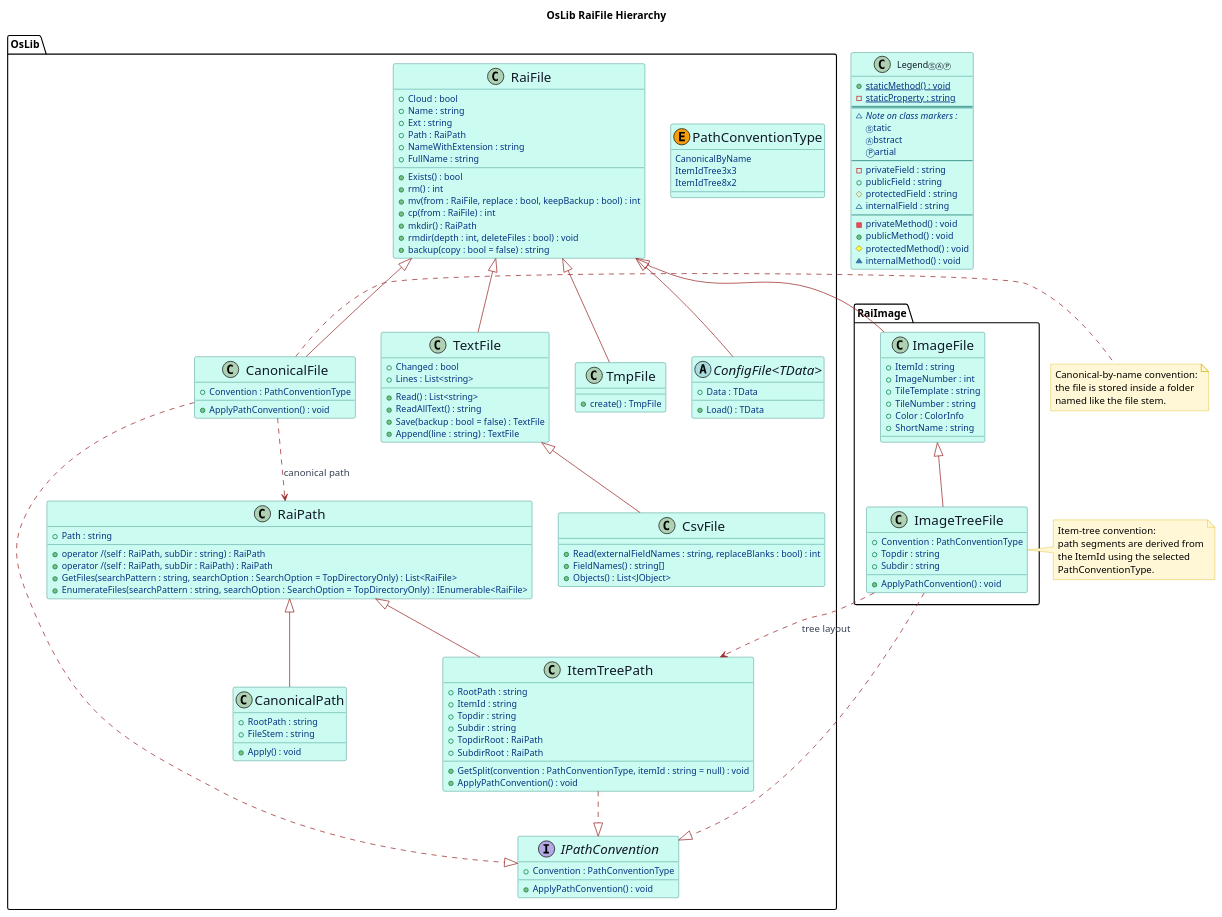
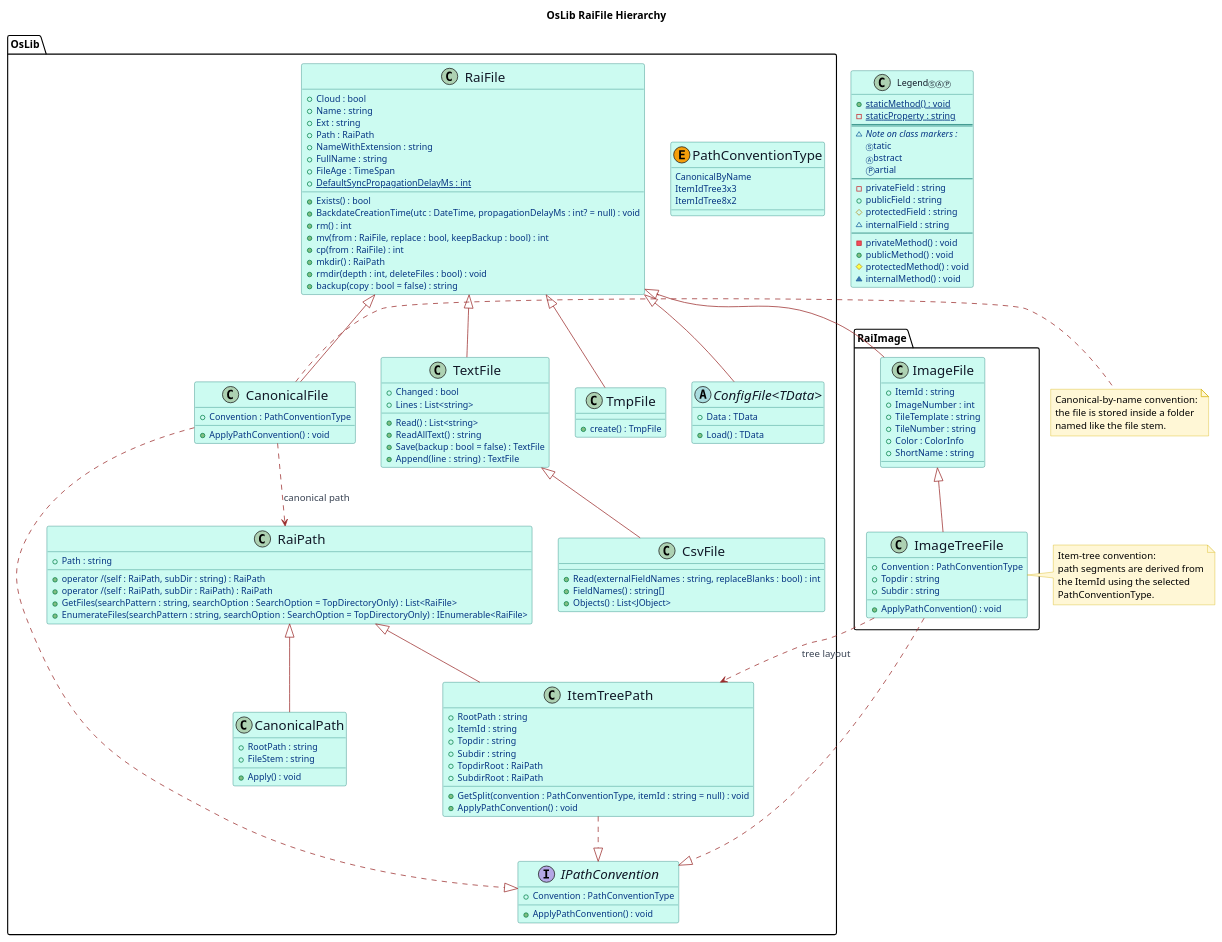
The diagram in RaiFile-Hierarchy.puml (Burkhardt/OsLib), drawn with PlantUML before and after one commit. The commit also changed 8 other files, not shown here.

```diff
--- a/RaiFile-Hierarchy.puml
+++ b/RaiFile-Hierarchy.puml
@@ -1,188 +1,191 @@
 @startuml OsLib-RaiFile-Hierarchy
-' Release: 3.7.3
+' Release: 3.7.6
 
 title OsLib RaiFile Hierarchy
 
 skinparam backgroundColor white
 skinparam shadowing false
 skinparam DiagramFontName "Casual"
 skinparam DiagramFontSize 36
 skinparam ClassFontName "Casual"
 skinparam ClassFontSize 36
 skinparam ClassAttributeIconSize 10
 skinparam ClassAttributeFontName Casual
 skinparam ClassAttributeFontColor #053583
 skinparam ClassAttributeFontWeight normal
 skinparam ClassAttributeFontSize 12
 skinparam ClassMethodFontName "Casual"
 skinparam ClassMethodFontSize 12
 skinparam ClassMethodFontWeight 500
 skinparam ClassAttributeFontStyle normal
 skinparam ClassBorderColor #0f766e
 skinparam ClassBackgroundColor #ccfbf1
 skinparam ClassFontColor #111827
 skinparam EnumBorderColor #b45309
 skinparam EnumBackgroundColor #fef3c7
 skinparam EnumFontColor #7c2d12
 skinparam NoteBackgroundColor #fff7d6
 skinparam NoteBorderColor #d4b106
 skinparam ArrowColor #9b2c2c
 skinparam ArrowFontColor #374151
 skinparam ArrowFontName "Casual"
 
 show fields
 show methods
 
 package "OsLib" {
 	interface "<size:18>IPathConvention</size>" as IPathConvention {
 		+Convention : PathConventionType
 		+ApplyPathConvention() : void
 	}
 
 	enum "<size:18>PathConventionType</size>" as PathConventionType << (E,#f59e0b) >> {
 		CanonicalByName
 		ItemIdTree3x3
 		ItemIdTree8x2
 	}
 
 	class "<size:18>RaiPath</size>" as RaiPath {
 		+Path : string
 		+operator /(self : RaiPath, subDir : string) : RaiPath
 		+operator /(self : RaiPath, subDir : RaiPath) : RaiPath
 		+GetFiles(searchPattern : string, searchOption : SearchOption = TopDirectoryOnly) : List<RaiFile>
 		+EnumerateFiles(searchPattern : string, searchOption : SearchOption = TopDirectoryOnly) : IEnumerable<RaiFile>
 	}
 
 	class "<size:18>CanonicalPath</size>" as CanonicalPath {
 		+RootPath : string
 		+FileStem : string
 		+Apply() : void
 	}
 
 	class "<size:18>ItemTreePath</size>" as ItemTreePath {
 		+RootPath : string
 		+ItemId : string
 		+Topdir : string
 		+Subdir : string
 		+TopdirRoot : RaiPath
 		+SubdirRoot : RaiPath
 		+GetSplit(convention : PathConventionType, itemId : string = null) : void
 		+ApplyPathConvention() : void
 	}
 
 	class "<size:18>RaiFile</size>" as RaiFile {
 		+Cloud : bool
 		+Name : string
 		+Ext : string
 		+Path : RaiPath
 		+NameWithExtension : string
 		+FullName : string
+		+FileAge : TimeSpan
+		+{static} DefaultSyncPropagationDelayMs : int
 		+Exists() : bool
+		+BackdateCreationTime(utc : DateTime, propagationDelayMs : int? = null) : void
 		+rm() : int
 		+mv(from : RaiFile, replace : bool, keepBackup : bool) : int
 		+cp(from : RaiFile) : int
 		+mkdir() : RaiPath
 		+rmdir(depth : int, deleteFiles : bool) : void
 		+backup(copy : bool = false) : string
 	}
 
 	class "<size:18>TextFile</size>" as TextFile {
 		+Changed : bool
 		+Lines : List<string>
 		+Read() : List<string>
 		+ReadAllText() : string
 		+Save(backup : bool = false) : TextFile
 		+Append(line : string) : TextFile
 	}
 
 	class "<size:18>CsvFile</size>" as CsvFile {
 		+Read(externalFieldNames : string, replaceBlanks : bool) : int
 		+FieldNames() : string[]
 		+Objects() : List<JObject>
 	}
 
 	class "<size:18>TmpFile</size>" as TmpFile {
 		+create() : TmpFile
 	}
 
 	class "<size:18>CanonicalFile</size>" as CanonicalFile {
 		+Convention : PathConventionType
 		+ApplyPathConvention() : void
 	}
 
 	abstract class "<size:18>ConfigFile<TData></size>" as ConfigFile {
 		+Data : TData
 		+Load() : TData
 	}
 }
 
 package "RaiImage" {
 	class "<size:18>ImageFile</size>" as ImageFile {
 		+ItemId : string
 		+ImageNumber : int
 		+TileTemplate : string
 		+TileNumber : string
 		+Color : ColorInfo
 		+ShortName : string
 	}
 
 	class "<size:18>ImageTreeFile</size>" as ImageTreeFile {
 		+Convention : PathConventionType
 		+Topdir : string
 		+Subdir : string
 		+ApplyPathConvention() : void
 	}
 }
 
 CanonicalFile ..|> IPathConvention
 ImageTreeFile ..|> IPathConvention
 ItemTreePath ..|> IPathConvention
 
 RaiPath <|-- CanonicalPath
 RaiPath <|-- ItemTreePath
 
 RaiFile <|-- TextFile
 TextFile <|-- CsvFile
 RaiFile <|-- TmpFile
 RaiFile <|-- CanonicalFile
 RaiFile <|-- ConfigFile
 RaiFile <|-- ImageFile
 ImageFile <|-- ImageTreeFile
 
 CanonicalFile ..> RaiPath : canonical path
 ImageTreeFile ..> ItemTreePath : tree layout
 
 class "Legend<size:10>ⓈⒶⓅ</size>" as LegendSample {
 	+{static} staticMethod() : void
 	-{static} staticProperty : string
 	==
 	~<i>Note on class markers :</i>
 	<size:10>Ⓢ</size>tatic
 	<size:10>Ⓐ</size>bstract
 	Ⓟartial
 	--
 	- privateField : string
 	+ publicField : string
 	# protectedField : string
 	~ internalField : string
 	--
 	- privateMethod() : void
 	+ publicMethod() : void
 	# protectedMethod() : void
 	~ internalMethod() : void
 }
 
 note right of CanonicalFile
 	Canonical-by-name convention:
 	the file is stored inside a folder
 	named like the file stem.
 end note
 
 note right of ImageTreeFile
 	Item-tree convention:
 	path segments are derived from
 	the ItemId using the selected
 	PathConventionType.
 end note
 
 @enduml
```
